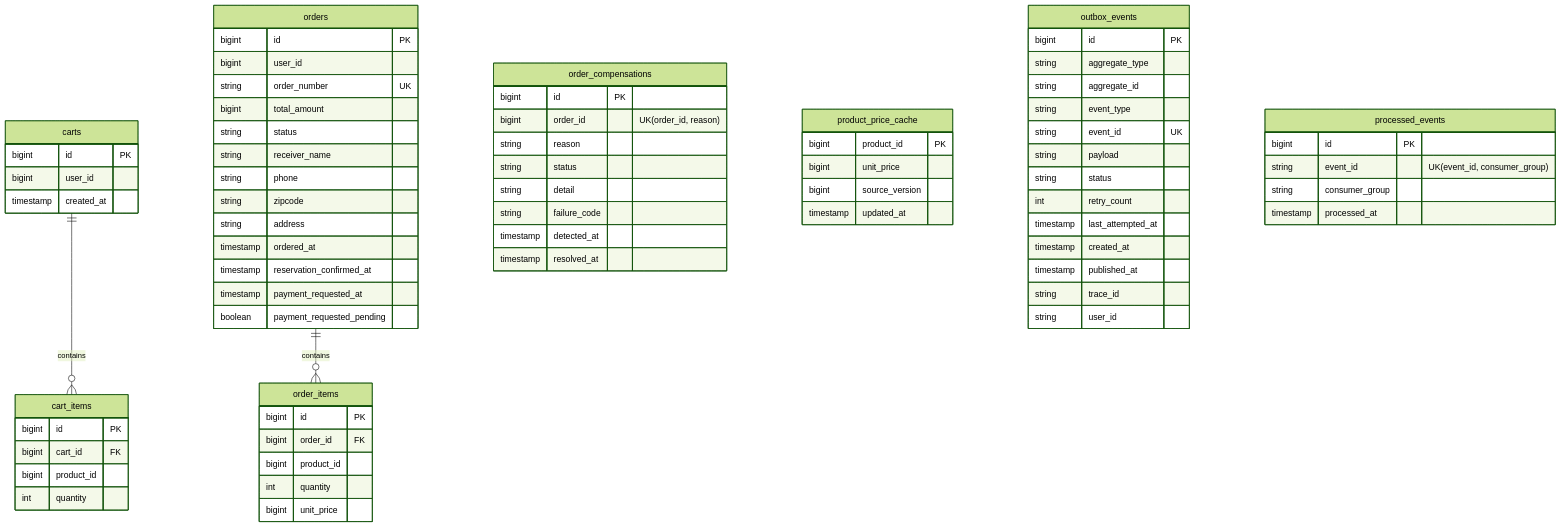
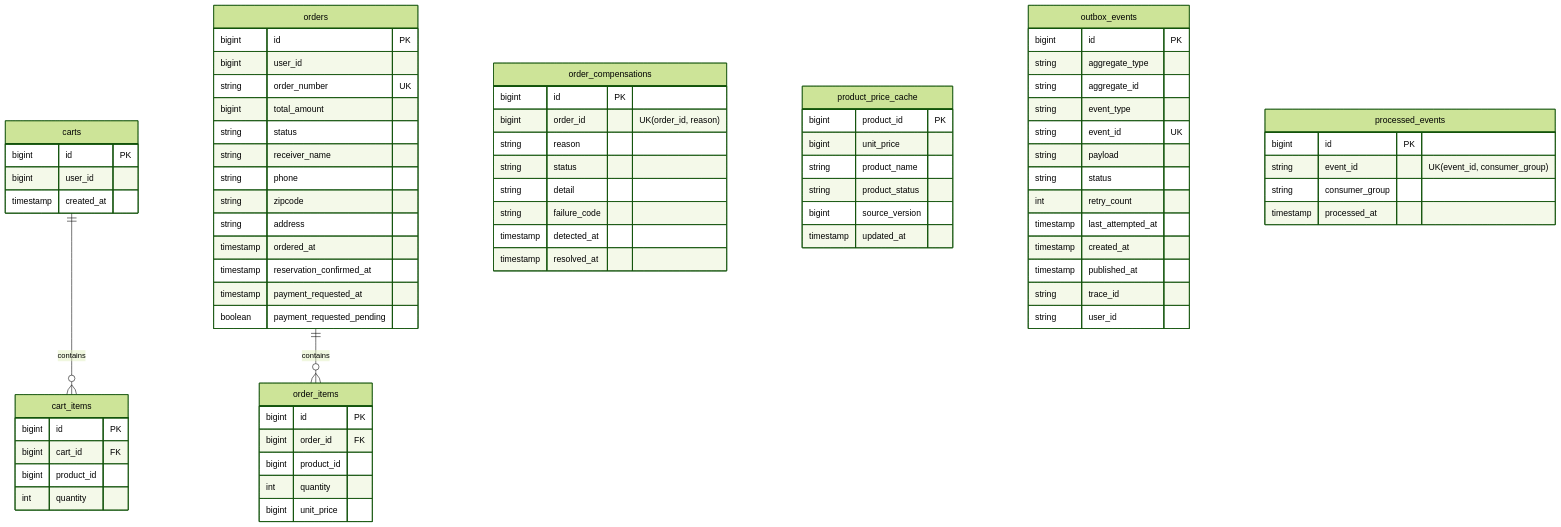
The third of 5 diagrams in docs/05-data-design.md (Kimgyuilli/PeekCart), drawn with Mermaid (forest theme) before and after one commit. The commit also changed 2 other files, not shown here.

Commit message:
docs: 장바구니 MySQL 회귀 검증 결과 기록

````diff
--- a/docs/05-data-design.md
+++ b/docs/05-data-design.md
@@ -124,75 +124,77 @@
 ```mermaid
 erDiagram
   carts {
     bigint id PK
     bigint user_id
     timestamp created_at
   }
   cart_items {
     bigint id PK
     bigint cart_id FK
     bigint product_id
     int quantity
   }
   orders {
     bigint id PK
     bigint user_id
     string order_number UK
     bigint total_amount
     string status
     string receiver_name
     string phone
     string zipcode
     string address
     timestamp ordered_at
     timestamp reservation_confirmed_at
     timestamp payment_requested_at
     boolean payment_requested_pending
   }
   order_items {
     bigint id PK
     bigint order_id FK
     bigint product_id
     int quantity
     bigint unit_price
   }
   order_compensations {
     bigint id PK
     bigint order_id "UK(order_id, reason)"
     string reason
     string status
     string detail
     string failure_code
     timestamp detected_at
     timestamp resolved_at
   }
   product_price_cache {
     bigint product_id PK
     bigint unit_price
+    string product_name
+    string product_status
     bigint source_version
     timestamp updated_at
   }
   outbox_events {
     bigint id PK
     string aggregate_type
     string aggregate_id
     string event_type
     string event_id UK
     string payload
     string status
     int retry_count
     timestamp last_attempted_at
     timestamp created_at
     timestamp published_at
     string trace_id
     string user_id
   }
   processed_events {
     bigint id PK
     string event_id "UK(event_id, consumer_group)"
     string consumer_group
     timestamp processed_at
   }
   carts ||--o{ cart_items : contains
   orders ||--o{ order_items : contains
 ```
````
